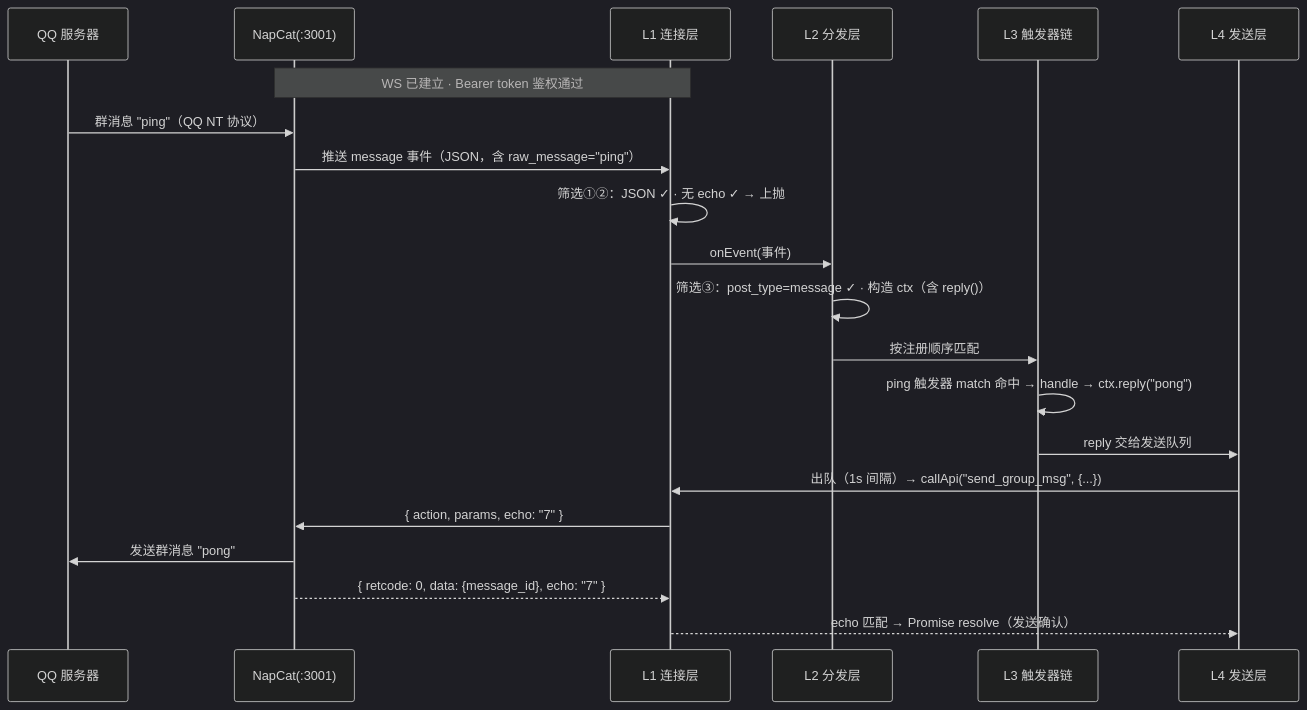
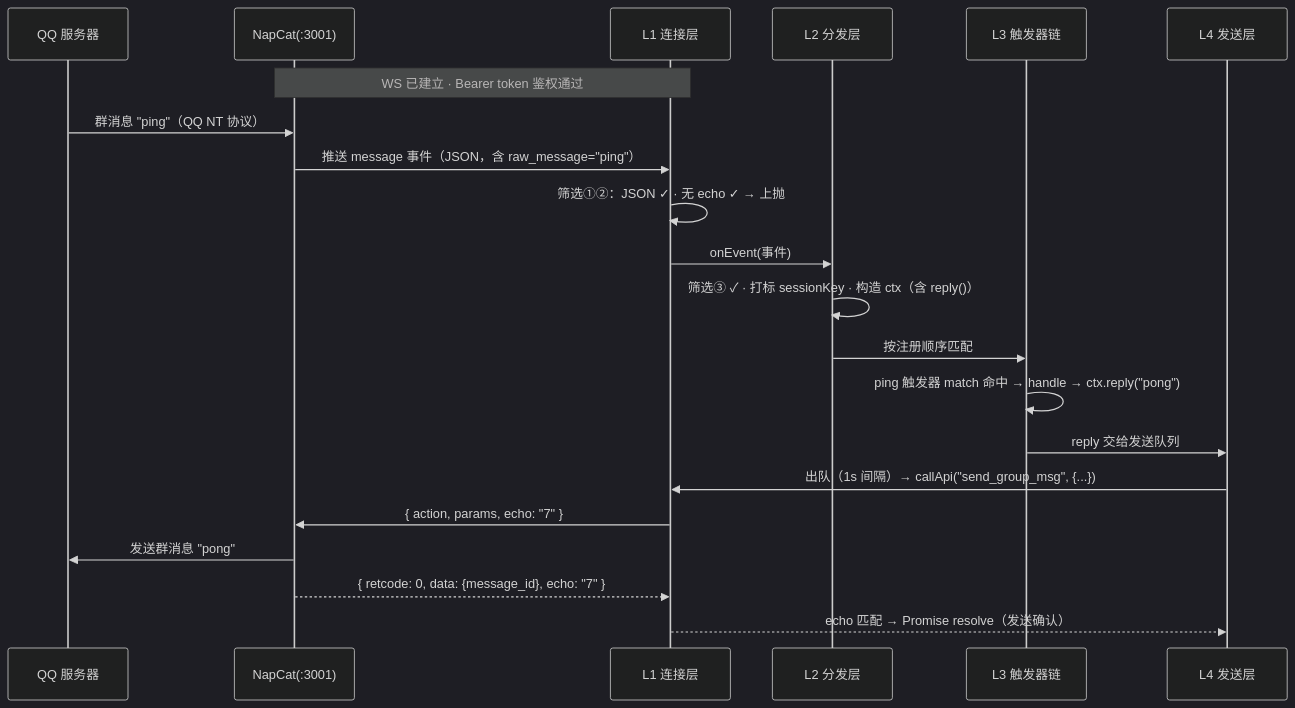
One commit to kiraTheresa/big-fat-fish-3 changed the fourth of 5 diagrams in bot-core-design.md. Above: the diagram before and after it, drawn with Mermaid (dark theme). The commit also changed other lines of this file, not shown here.

````diff
--- a/bot-core-design.md
+++ b/bot-core-design.md
@@ -92,24 +92,24 @@
 ```mermaid
 sequenceDiagram
     participant Q as QQ 服务器
     participant N as NapCat(:3001)
     participant C as L1 连接层
     participant D as L2 分发层
     participant T as L3 触发器链
     participant S as L4 发送层
 
     Note over N,C: WS 已建立 · Bearer token 鉴权通过
     Q->>N: 群消息 "ping"（QQ NT 协议）
     N->>C: 推送 message 事件（JSON，含 raw_message="ping"）
     C->>C: 筛选①②：JSON ✓ · 无 echo ✓ → 上抛
     C->>D: onEvent(事件)
-    D->>D: 筛选③：post_type=message ✓ · 构造 ctx（含 reply()）
+    D->>D: 筛选③ ✓ · 打标 sessionKey · 构造 ctx（含 reply()）
     D->>T: 按注册顺序匹配
     T->>T: ping 触发器 match 命中 → handle → ctx.reply("pong")
     T->>S: reply 交给发送队列
     S->>C: 出队（1s 间隔）→ callApi("send_group_msg", {...})
     C->>N: { action, params, echo: "7" }
     N->>Q: 发送群消息 "pong"
     N-->>C: { retcode: 0, data: {message_id}, echo: "7" }
     C-->>S: echo 匹配 → Promise resolve（发送确认）
 ```
````
